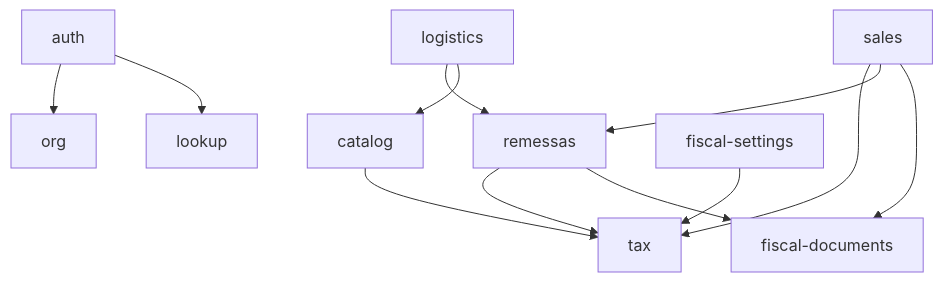
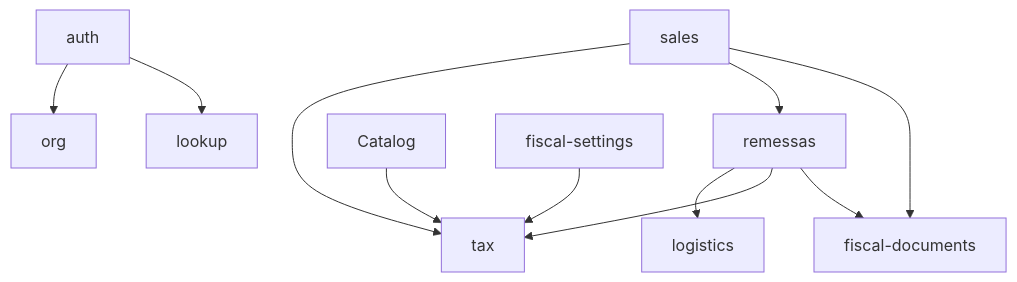
One commit to Matheus-santos7/MSimulation-XML changed the eighth of 10 diagrams in backend/README.md. Above: the diagram before and after it, drawn with Mermaid. The commit also changed other lines of this file and 1 other file, not shown here.

````diff
--- a/backend/README.md
+++ b/backend/README.md
@@ -490,14 +413,13 @@
 ```mermaid
 graph TD
   Auth[auth] --> Org[org]
   Auth --> Lookup[lookup]
-  Logistics[logistics] --> Remessas[remessas]
-  Logistics --> Catalog[catalog]
+  Remessas[remessas] --> Logistics[logistics]
   Remessas --> Tax[tax]
   Remessas --> FiscalDocs[fiscal-documents]
   Sales[sales] --> Tax
   Sales --> Remessas
   Sales --> FiscalDocs
   Catalog --> Tax
   FiscalSettings[fiscal-settings] --> Tax
 ```
````
